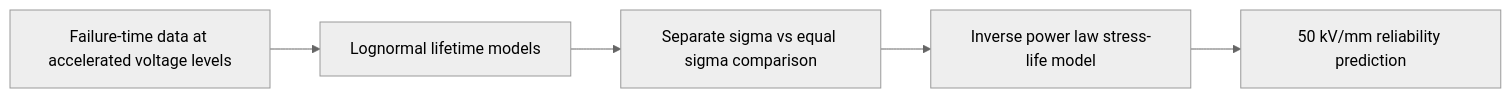
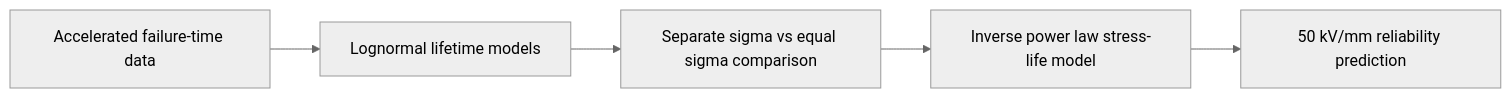
One commit to pocheng-chen-stat/accelerated-life-testing-reliability-analysis changed the diagram in README.md. Above: the diagram before and after it, drawn with Mermaid (neutral theme). The commit also changed other lines of this file and 3 other files, not shown here.

````diff
--- a/README.md
+++ b/README.md
@@ -65,8 +81,8 @@
 ```mermaid
 flowchart LR
-    A[Failure-time data at accelerated voltage levels]
+    A[Accelerated failure-time data]
     --> B[Lognormal lifetime models]
     --> C[Separate sigma vs equal sigma comparison]
     --> D[Inverse power law stress-life model]
     --> E[50 kV/mm reliability prediction]
 ```
````
